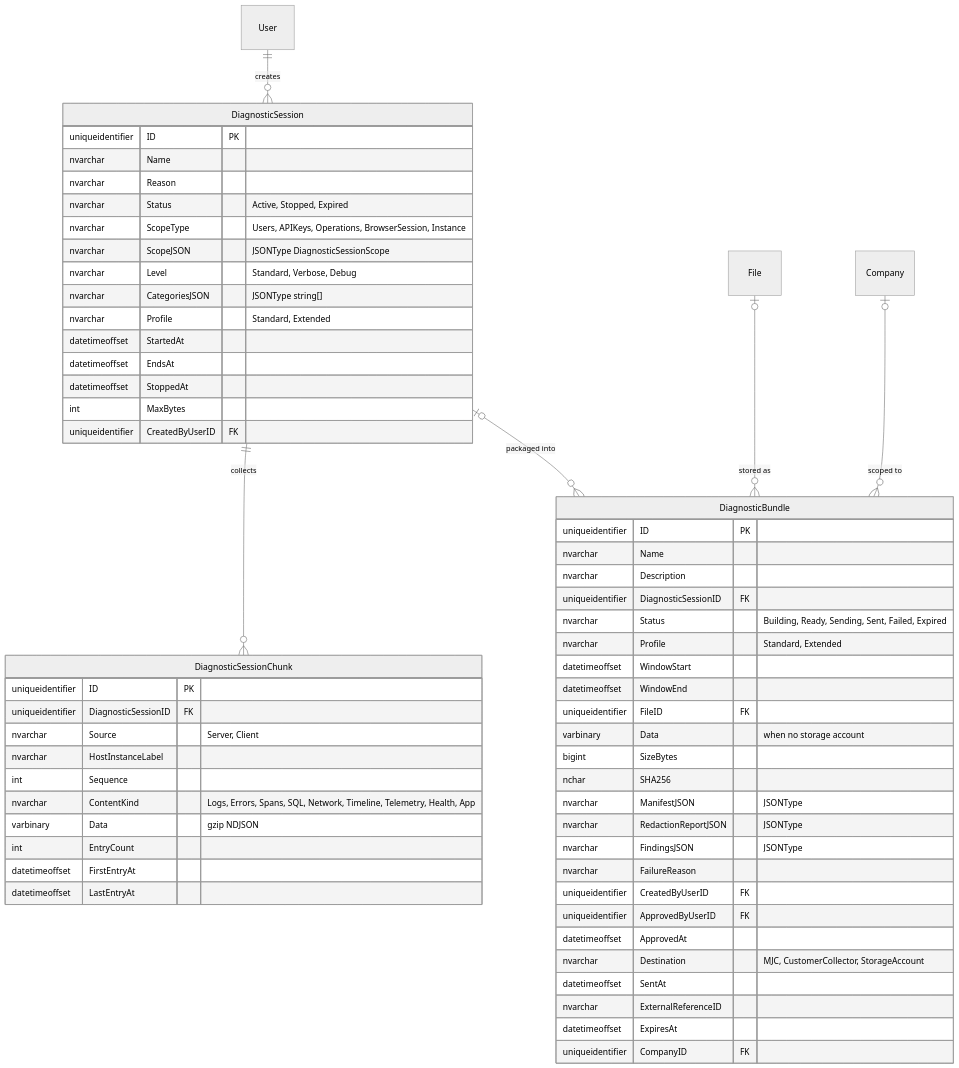
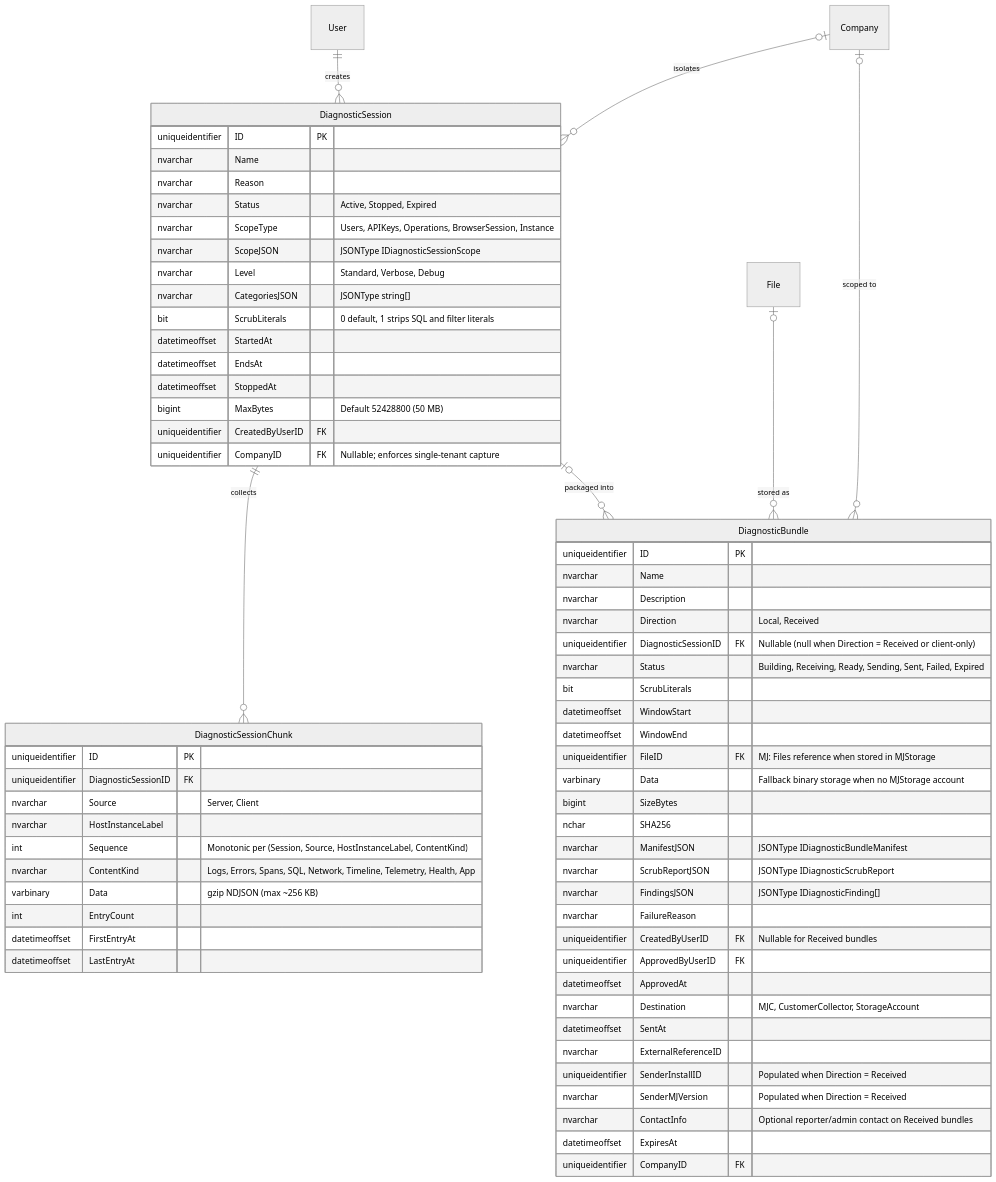
The third of 3 diagrams in plans/diagnostic-bundles.md (MemberJunction/MJ), drawn with Mermaid (neutral theme) before and after one commit. The commit also changed other lines of this file, not shown here.

Commit message:
docs(plans): add standard MJAPI intake, pragmatic credential scrubbing, and runtime hardening

````diff
--- a/plans/diagnostic-bundles.md
+++ b/plans/diagnostic-bundles.md
@@ -385,62 +469,68 @@
 ```mermaid
 erDiagram
     User ||--o{ DiagnosticSession : "creates"
+    Company |o--o{ DiagnosticSession : "isolates"
     DiagnosticSession ||--o{ DiagnosticSessionChunk : "collects"
     DiagnosticSession |o--o{ DiagnosticBundle : "packaged into"
     File |o--o{ DiagnosticBundle : "stored as"
     Company |o--o{ DiagnosticBundle : "scoped to"
     DiagnosticSession {
         uniqueidentifier ID PK
         nvarchar Name
         nvarchar Reason
         nvarchar Status "Active, Stopped, Expired"
         nvarchar ScopeType "Users, APIKeys, Operations, BrowserSession, Instance"
-        nvarchar ScopeJSON "JSONType DiagnosticSessionScope"
+        nvarchar ScopeJSON "JSONType IDiagnosticSessionScope"
         nvarchar Level "Standard, Verbose, Debug"
         nvarchar CategoriesJSON "JSONType string[]"
-        nvarchar Profile "Standard, Extended"
+        bit ScrubLiterals "0 default, 1 strips SQL and filter literals"
         datetimeoffset StartedAt
         datetimeoffset EndsAt
         datetimeoffset StoppedAt
-        int MaxBytes
+        bigint MaxBytes "Default 52428800 (50 MB)"
         uniqueidentifier CreatedByUserID FK
+        uniqueidentifier CompanyID FK "Nullable; enforces single-tenant capture"
     }
     DiagnosticSessionChunk {
         uniqueidentifier ID PK
         uniqueidentifier DiagnosticSessionID FK
         nvarchar Source "Server, Client"
         nvarchar HostInstanceLabel
-        int Sequence
+        int Sequence "Monotonic per (Session, Source, HostInstanceLabel, ContentKind)"
         nvarchar ContentKind "Logs, Errors, Spans, SQL, Network, Timeline, Telemetry, Health, App"
-        varbinary Data "gzip NDJSON"
+        varbinary Data "gzip NDJSON (max ~256 KB)"
         int EntryCount
         datetimeoffset FirstEntryAt
         datetimeoffset LastEntryAt
     }
     DiagnosticBundle {
         uniqueidentifier ID PK
         nvarchar Name
         nvarchar Description
-        uniqueidentifier DiagnosticSessionID FK
-        nvarchar Status "Building, Ready, Sending, Sent, Failed, Expired"
-        nvarchar Profile "Standard, Extended"
+        nvarchar Direction "Local, Received"
+        uniqueidentifier DiagnosticSessionID FK "Nullable (null when Direction = Received or client-only)"
+        nvarchar Status "Building, Receiving, Ready, Sending, Sent, Failed, Expired"
+        bit ScrubLiterals
         datetimeoffset WindowStart
         datetimeoffset WindowEnd
-        uniqueidentifier FileID FK
-        varbinary Data "when no storage account"
+        uniqueidentifier FileID FK "MJ: Files reference when stored in MJStorage"
+        varbinary Data "Fallback binary storage when no MJStorage account"
         bigint SizeBytes
         nchar SHA256
-        nvarchar ManifestJSON "JSONType"
-        nvarchar RedactionReportJSON "JSONType"
-        nvarchar FindingsJSON "JSONType"
+        nvarchar ManifestJSON "JSONType IDiagnosticBundleManifest"
+        nvarchar ScrubReportJSON "JSONType IDiagnosticScrubReport"
+        nvarchar FindingsJSON "JSONType IDiagnosticFinding[]"
         nvarchar FailureReason
-        uniqueidentifier CreatedByUserID FK
+        uniqueidentifier CreatedByUserID FK "Nullable for Received bundles"
         uniqueidentifier ApprovedByUserID FK
         datetimeoffset ApprovedAt
         nvarchar Destination "MJC, CustomerCollector, StorageAccount"
         datetimeoffset SentAt
         nvarchar ExternalReferenceID
+        uniqueidentifier SenderInstallID "Populated when Direction = Received"
+        nvarchar SenderMJVersion "Populated when Direction = Received"
+        nvarchar ContactInfo "Optional reporter/admin contact on Received bundles"
         datetimeoffset ExpiresAt
         uniqueidentifier CompanyID FK
     }
 ```
````
